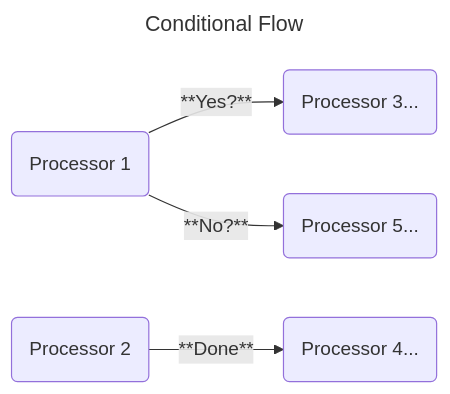
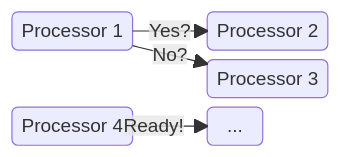
One commit to VirtualMetric/virtualmetric-docs changed the sixth of 12 diagrams in docs/administration/pipelines/quick-start.mdx. Above: the diagram before and after it, drawn with Mermaid. The commit also changed other lines of this file and 3 other files, not shown here.

````diff
--- a/docs/administration/pipelines/quick-start.mdx
+++ b/docs/administration/pipelines/quick-start.mdx
@@ -51,14 +97,18 @@
   ```mermaid
-  ---
-  title: Conditional Flow
-  ---
-  flowchart LR
-      A(Processor 1)
-      B(Processor 2)
-      C(Processor 3...)
-      D(Processor 4...)
-      E(Processor 5...)
-      A --> |"**Yes?**"| C
-      A --> |"**No?**"| E
-      B --> |"**Done**"| D
+  block-beta
+      columns 5
+      A("Processor 1"):2
+      space
+      B("Processor 2"):2
+      space
+      space
+      space
+      C("Processor 3"):2
+      D("Processor 4"):2
+      space
+      E("..."):1
+
+      A -- "Yes?" --> B
+      A -- "No?" --> C
+      D -- "Ready!" --> E
   ```
````
